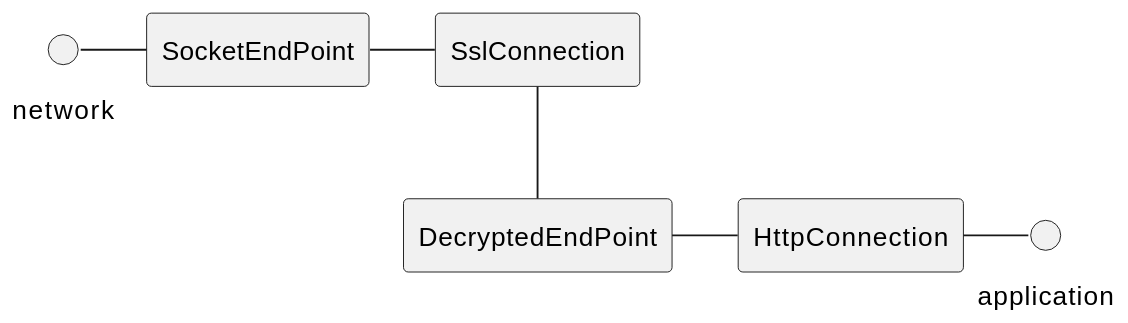
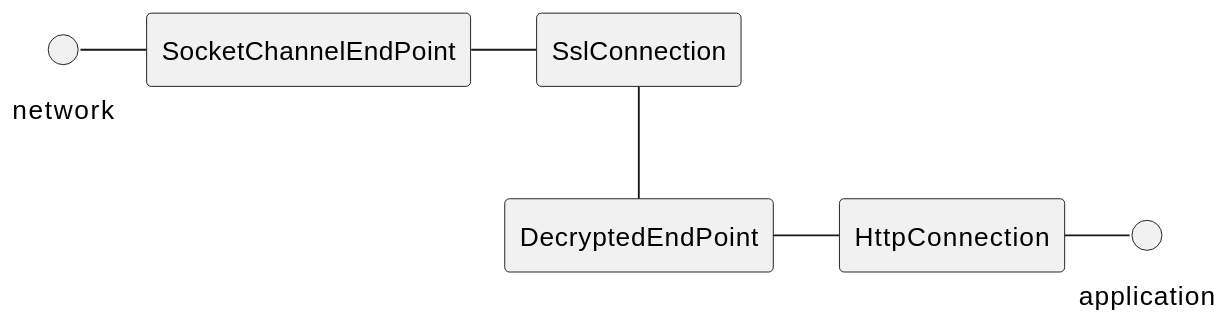
The second of 2 diagrams in documentation/jetty-documentation/src/main/asciidoc/programming-guide/server/server-io-arch.adoc (jetty/jetty.project), drawn with PlantUML before and after one commit. The commit also changed other lines of this file and 25 other files, not shown here.

```diff
--- a/documentation/jetty-documentation/src/main/asciidoc/programming-guide/server/server-io-arch.adoc
+++ b/documentation/jetty-documentation/src/main/asciidoc/programming-guide/server/server-io-arch.adoc
@@ -78,21 +102,21 @@
 [plantuml]
 ----
 skinparam backgroundColor transparent
 skinparam monochrome true
 skinparam shadowing false
 skinparam padding 5
 
 hide members
 hide circle
 
 scale 1.5
 
 circle network
 circle application
 
-network - SocketEndPoint
-SocketEndPoint - SslConnection
+network - SocketChannelEndPoint
+SocketChannelEndPoint - SslConnection
 SslConnection -- DecryptedEndPoint
 DecryptedEndPoint - HttpConnection
 HttpConnection - application
 ----
```
